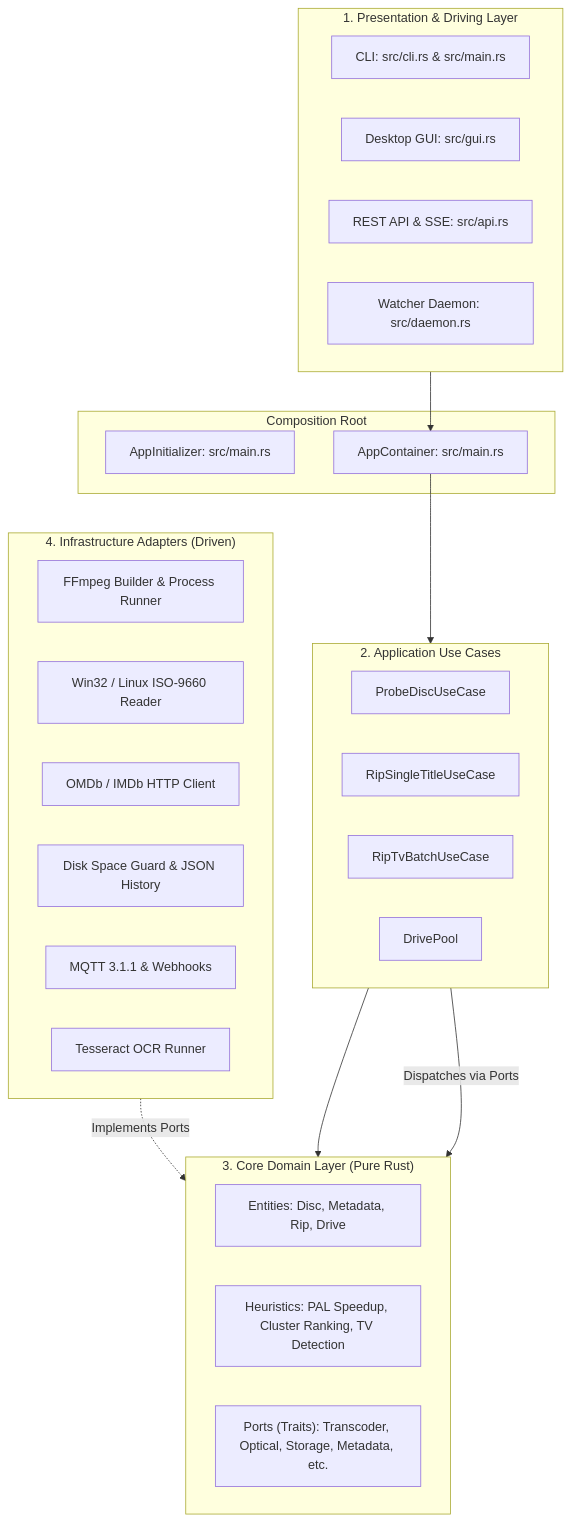
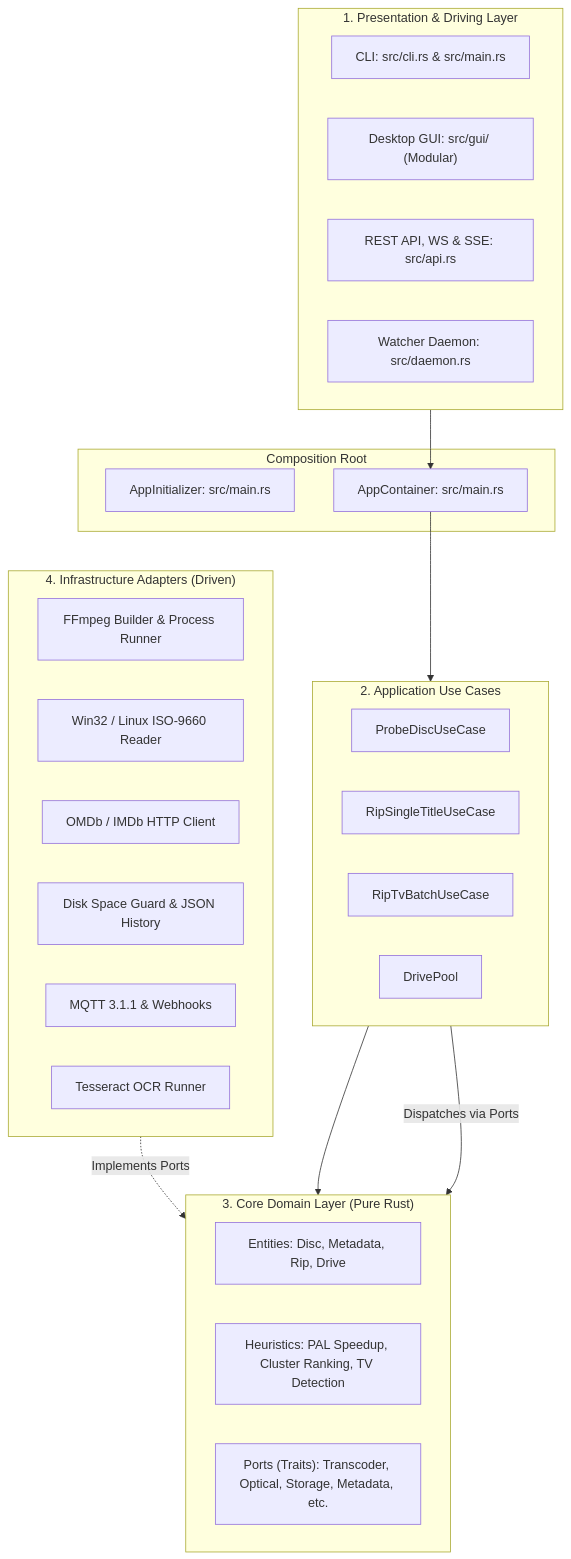
One commit to clockworkengineer/dvd-ripper changed the diagram in docs/ARCHITECTURE.md. Above: the diagram before and after it, drawn with Mermaid. The commit also changed 12 other files, not shown here.

````diff
--- a/docs/ARCHITECTURE.md
+++ b/docs/ARCHITECTURE.md
@@ -24,42 +24,42 @@
 ```mermaid
 graph TD
     subgraph UI_and_Presentation ["1. Presentation & Driving Layer"]
         CLI["CLI: src/cli.rs & src/main.rs"]
-        GUI["Desktop GUI: src/gui.rs"]
-        API["REST API & SSE: src/api.rs"]
+        GUI["Desktop GUI: src/gui/ (Modular)"]
+        API["REST API, WS & SSE: src/api.rs"]
         Daemon["Watcher Daemon: src/daemon.rs"]
     end
 
     subgraph Composition_Root ["Composition Root"]
         AppInit["AppInitializer: src/main.rs"]
         AppContainer["AppContainer: src/main.rs"]
     end
 
     subgraph Application_Layer ["2. Application Use Cases"]
         ProbeDisc["ProbeDiscUseCase"]
         RipSingle["RipSingleTitleUseCase"]
         RipBatch["RipTvBatchUseCase"]
         DrivePool["DrivePool"]
     end
 
     subgraph Domain_Layer ["3. Core Domain Layer (Pure Rust)"]
         Entities["Entities: Disc, Metadata, Rip, Drive"]
         Heuristics["Heuristics: PAL Speedup, Cluster Ranking, TV Detection"]
         Ports["Ports (Traits): Transcoder, Optical, Storage, Metadata, etc."]
     end
 
     subgraph Infrastructure_Layer ["4. Infrastructure Adapters (Driven)"]
         FFmpegInfra["FFmpeg Builder & Process Runner"]
         OpticalInfra["Win32 / Linux ISO-9660 Reader"]
         MetadataInfra["OMDb / IMDb HTTP Client"]
         StorageInfra["Disk Space Guard & JSON History"]
         NotifyInfra["MQTT 3.1.1 & Webhooks"]
         OCRInfra["Tesseract OCR Runner"]
     end
 
     UI_and_Presentation --> AppContainer
     AppContainer --> Application_Layer
     Application_Layer --> Domain_Layer
     Infrastructure_Layer -.->|Implements Ports| Domain_Layer
     Application_Layer -->|Dispatches via Ports| Domain_Layer
 ```
````
